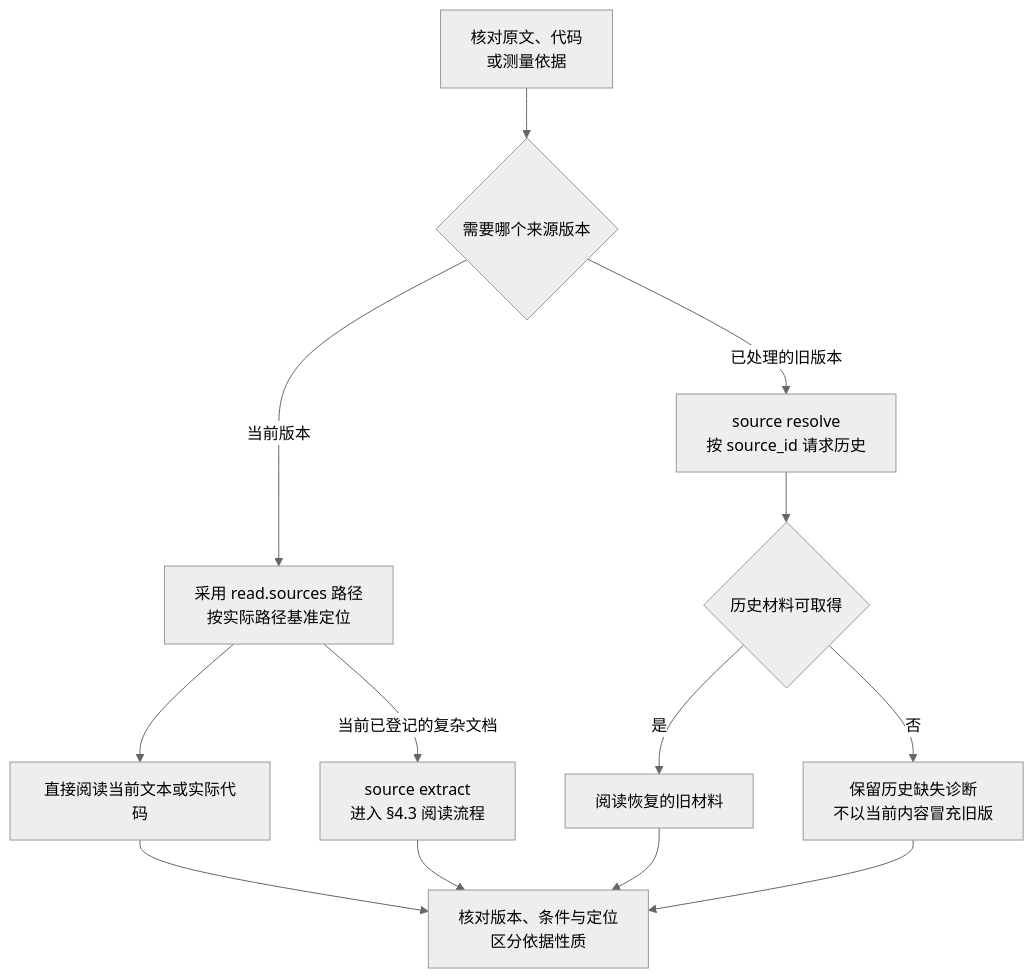
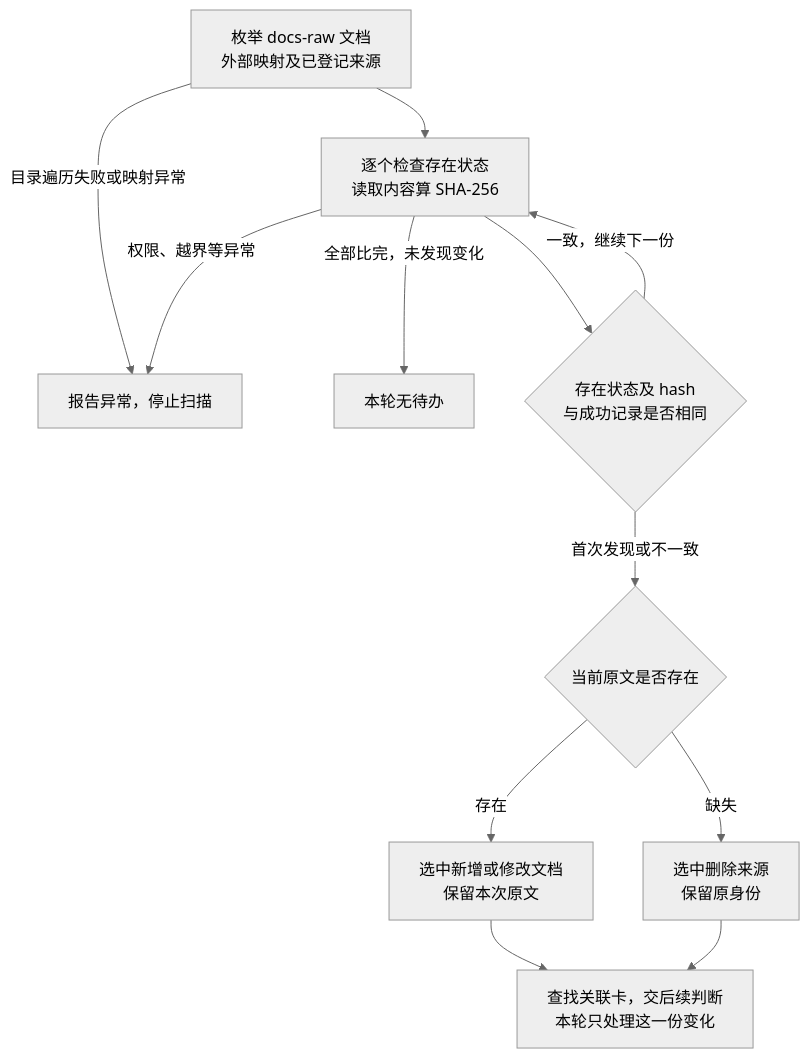
One commit to Robin-hhc/FactumCore changed the fourth of 7 diagrams in himate/himate-knowledge-wifi-mp/docs-llm-wiki/知识库详细设计.md. Above: the diagram before and after it, drawn with Mermaid (neutral theme). The commit also changed other lines of this file, not shown here.

First line of the commit message:
docs: explain search and ingest with logical diagrams

````diff
--- a/himate/himate-knowledge-wifi-mp/docs-llm-wiki/知识库详细设计.md
+++ b/himate/himate-knowledge-wifi-mp/docs-llm-wiki/知识库详细设计.md
@@ -149,15 +165,14 @@
 ```mermaid
 flowchart TD
-    A["核对原文、代码<br/>或测量依据"] --> B{"需要哪个来源版本"}
-    B -->|当前版本| C["采用 read.sources 路径<br/>按实际路径基准定位"]
-    C --> D["直接阅读当前文本或实际代码"]
-    C -->|当前已登记的复杂文档| E["source extract<br/>进入 §4.3 阅读流程"]
-    B -->|已处理的旧版本| F["source resolve<br/>按 source_id 请求历史"]
-    F --> G{"历史材料可取得"}
-    G -->|是| H["阅读恢复的旧材料"]
-    G -->|否| I["保留历史缺失诊断<br/>不以当前内容冒充旧版"]
-    D --> J["核对版本、条件与定位<br/>区分依据性质"]
-    E --> J
-    H --> J
-    I --> J
+    A["枚举 docs-raw 文档<br/>外部映射及已登记来源"] --> B["逐个检查存在状态<br/>读取内容算 SHA-256"]
+    A -->|目录遍历失败或映射异常| X["报告异常，停止扫描"]
+    B -->|权限、越界等异常| X
+    B -->|全部比完，未发现变化| N["本轮无待办"]
+    B --> C{"存在状态及 hash<br/>与成功记录是否相同"}
+    C -->|一致，继续下一份| B
+    C -->|首次发现或不一致| D{"当前原文是否存在"}
+    D -->|存在| E["选中新增或修改文档<br/>保留本次原文"]
+    D -->|缺失| F["选中删除来源<br/>保留原身份"]
+    E --> G["查找关联卡，交后续判断<br/>本轮只处理这一份变化"]
+    F --> G
 ```
````
